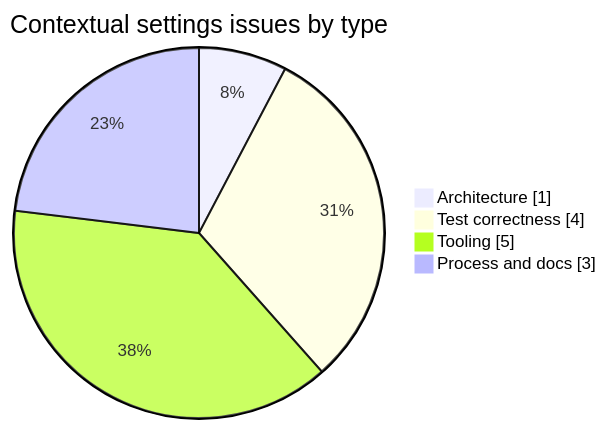
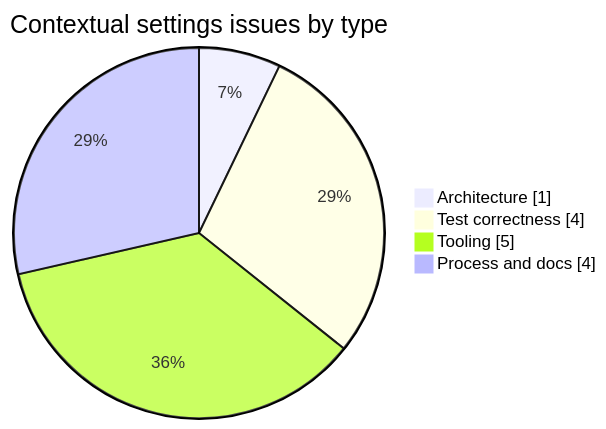
Before and after one commit to pranems/SCIMServer: the second of 3 diagrams in docs/ENDPOINT_SETTINGS_CONTEXTUAL_UI_EXECUTION_RCA.md, drawn with Mermaid. The commit also changed other lines of this file and 7 other files, not shown here.

````diff
--- a/docs/ENDPOINT_SETTINGS_CONTEXTUAL_UI_EXECUTION_RCA.md
+++ b/docs/ENDPOINT_SETTINGS_CONTEXTUAL_UI_EXECUTION_RCA.md
@@ -24,8 +24,8 @@
 ```mermaid
 pie showData
     title Contextual settings issues by type
     "Architecture" : 1
     "Test correctness" : 4
     "Tooling" : 5
-    "Process and docs" : 3
+    "Process and docs" : 4
 ```
````
